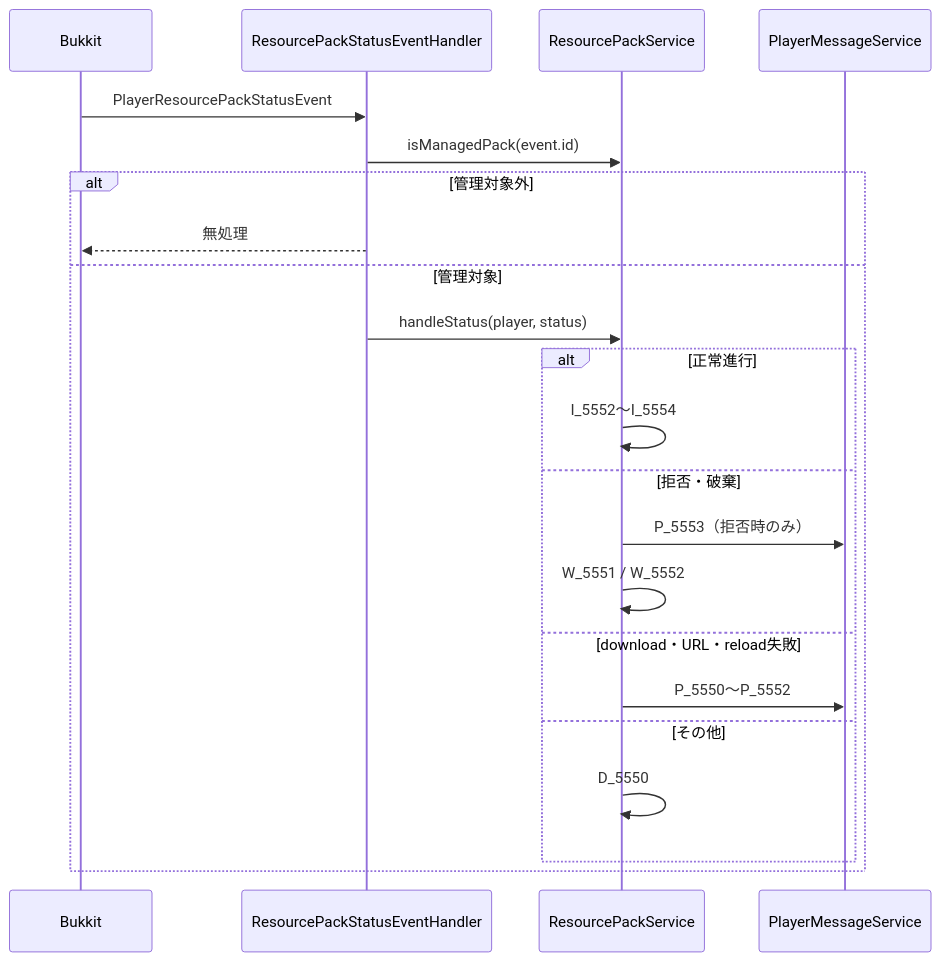
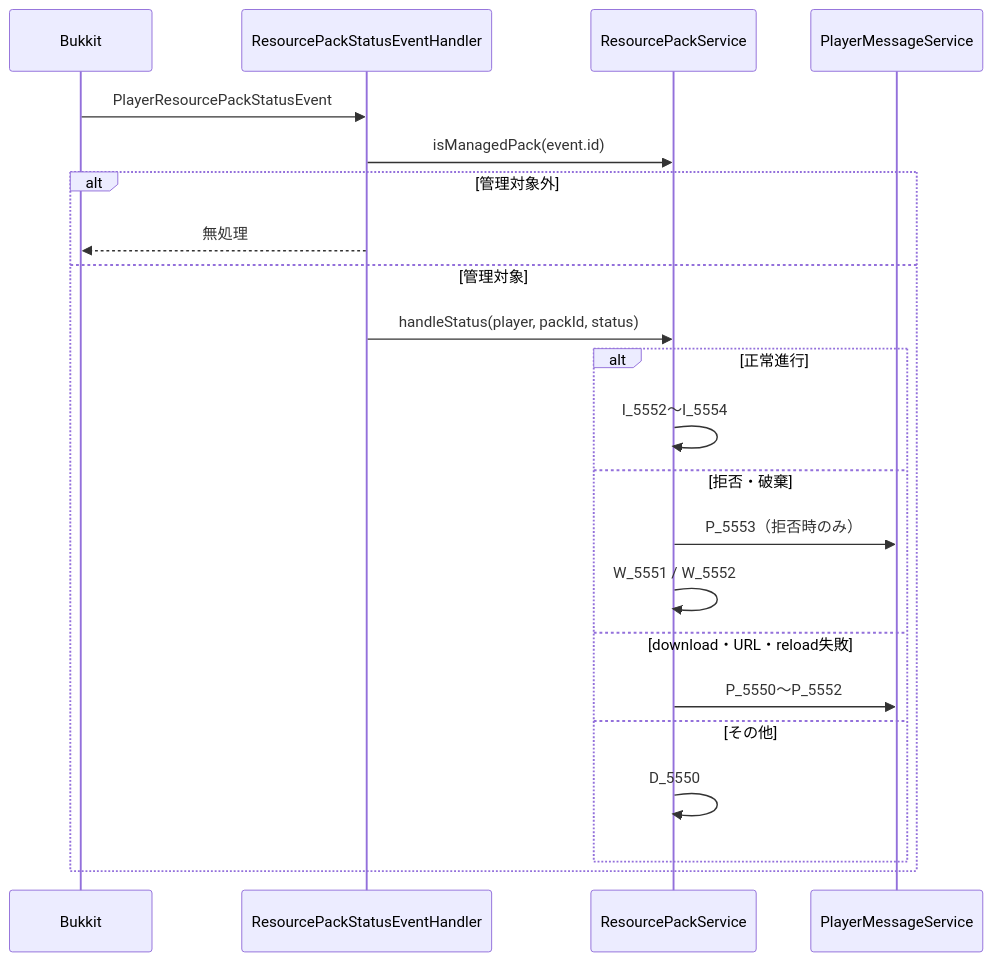
Before and after one commit to maaasu/AstralRecord-Workspace: the second of 2 diagrams in 00_docs/10_Plugin設計書/feature/30-resource-pack/30_4-統合フロー.md, drawn with Mermaid. The commit also changed other lines of this file and 68 other files, not shown here.

````diff
--- a/00_docs/10_Plugin設計書/feature/30-resource-pack/30_4-統合フロー.md
+++ b/00_docs/10_Plugin設計書/feature/30-resource-pack/30_4-統合フロー.md
@@ -39,24 +35,24 @@
 ```mermaid
 sequenceDiagram
     participant Bukkit
     participant Handler as ResourcePackStatusEventHandler
     participant Service as ResourcePackService
     participant Message as PlayerMessageService
     Bukkit->>Handler: PlayerResourcePackStatusEvent
     Handler->>Service: isManagedPack(event.id)
     alt 管理対象外
         Handler-->>Bukkit: 無処理
     else 管理対象
-        Handler->>Service: handleStatus(player, status)
+        Handler->>Service: handleStatus(player, packId, status)
         alt 正常進行
             Service->>Service: I_5552〜I_5554
         else 拒否・破棄
             Service->>Message: P_5553（拒否時のみ）
             Service->>Service: W_5551 / W_5552
         else download・URL・reload失敗
             Service->>Message: P_5550〜P_5552
         else その他
             Service->>Service: D_5550
         end
     end
 ```
````
